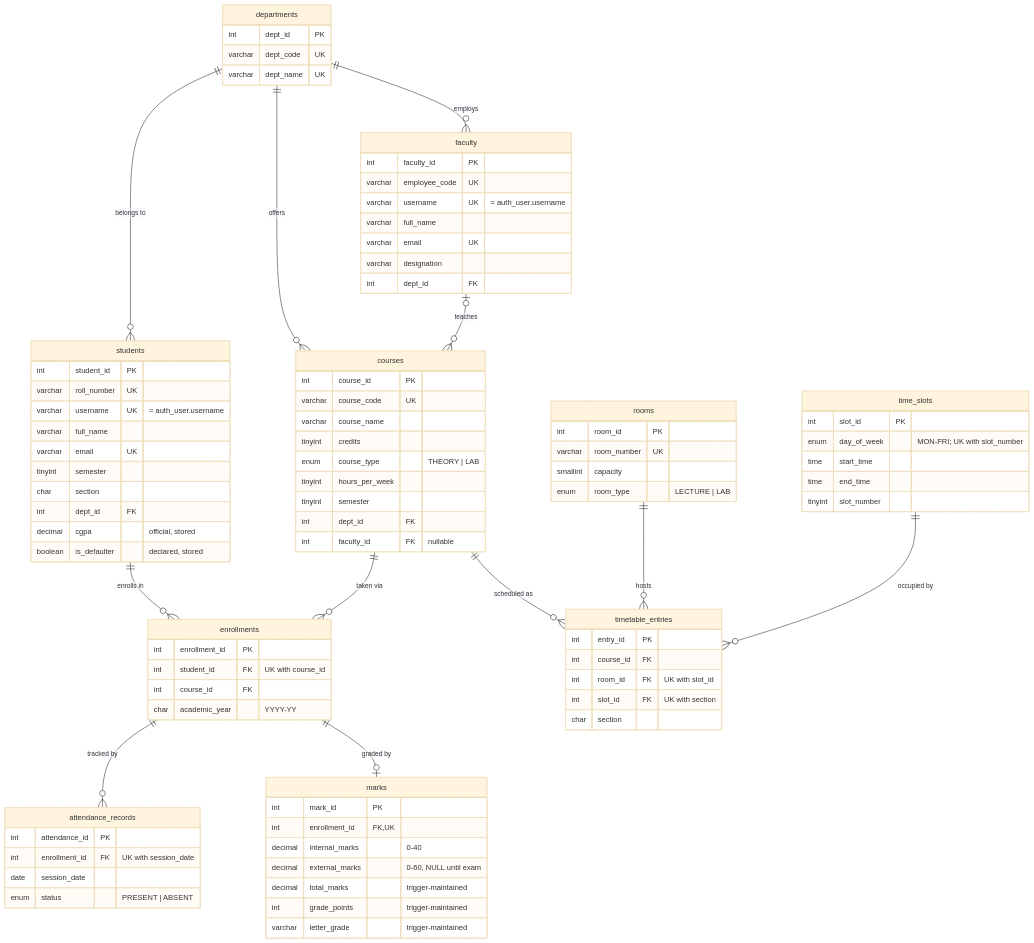
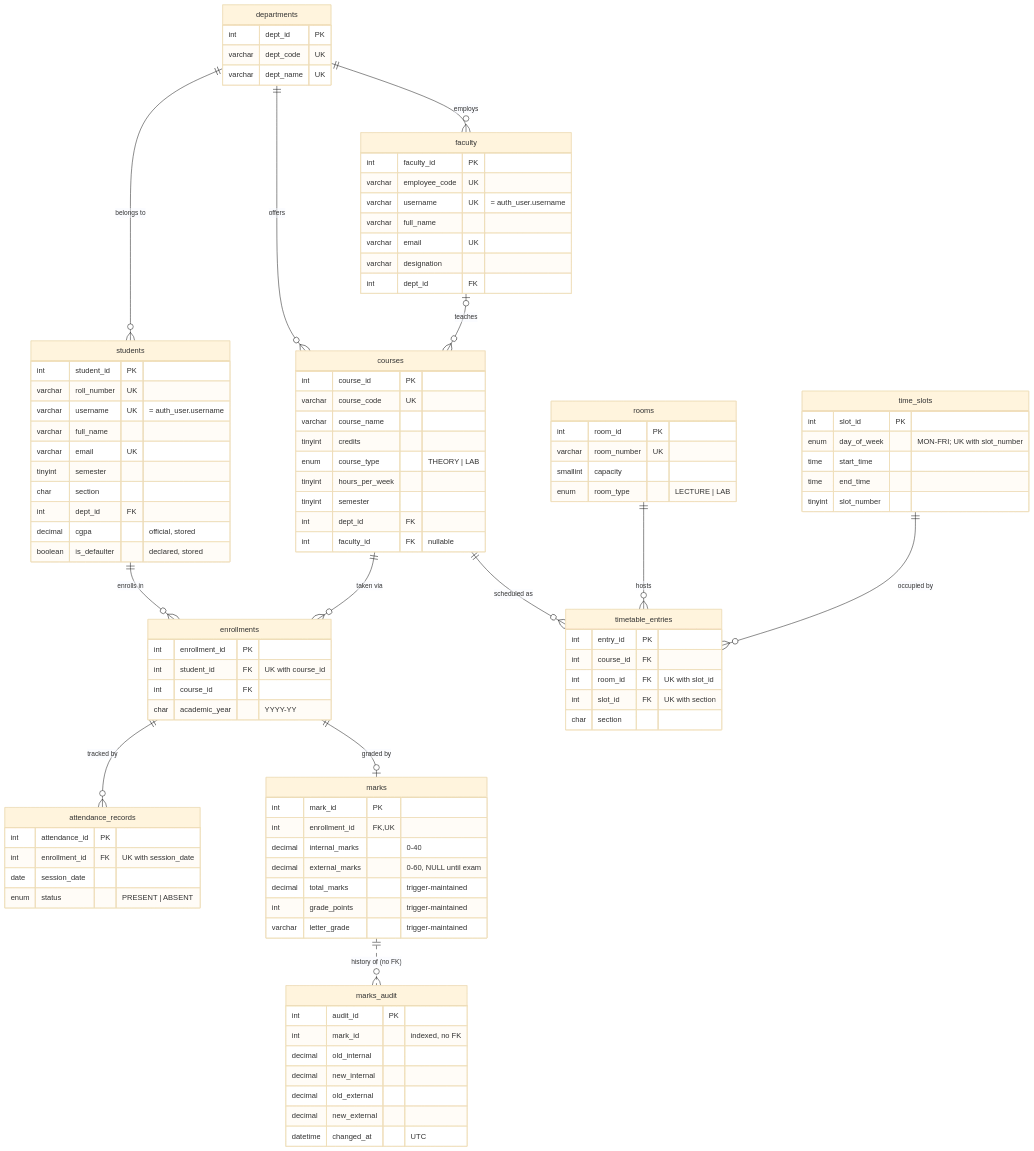
Before and after one commit to rishi-ventrapragada/3rdSemLabProject: the diagram in docs/database_design.md, drawn with Mermaid (base theme). The commit also changed other lines of this file and 6 other files, not shown here.

First line of the commit message:
feat(database): add marks audit trail (AFTER trigger) and lab query examples

````diff
--- a/docs/database_design.md
+++ b/docs/database_design.md
@@ -17,6 +17,7 @@
     courses ||--o{ timetable_entries : "scheduled as"
     rooms ||--o{ timetable_entries : hosts
     time_slots ||--o{ timetable_entries : "occupied by"
+    marks ||..o{ marks_audit : "history of (no FK)"
 
     departments {
         int dept_id PK
@@ -96,4 +97,13 @@
         int slot_id FK "UK with section"
         char section
     }
+    marks_audit {
+        int audit_id PK
+        int mark_id "indexed, no FK"
+        decimal old_internal
+        decimal new_internal
+        decimal old_external
+        decimal new_external
+        datetime changed_at "UTC"
+    }
 ```
````
